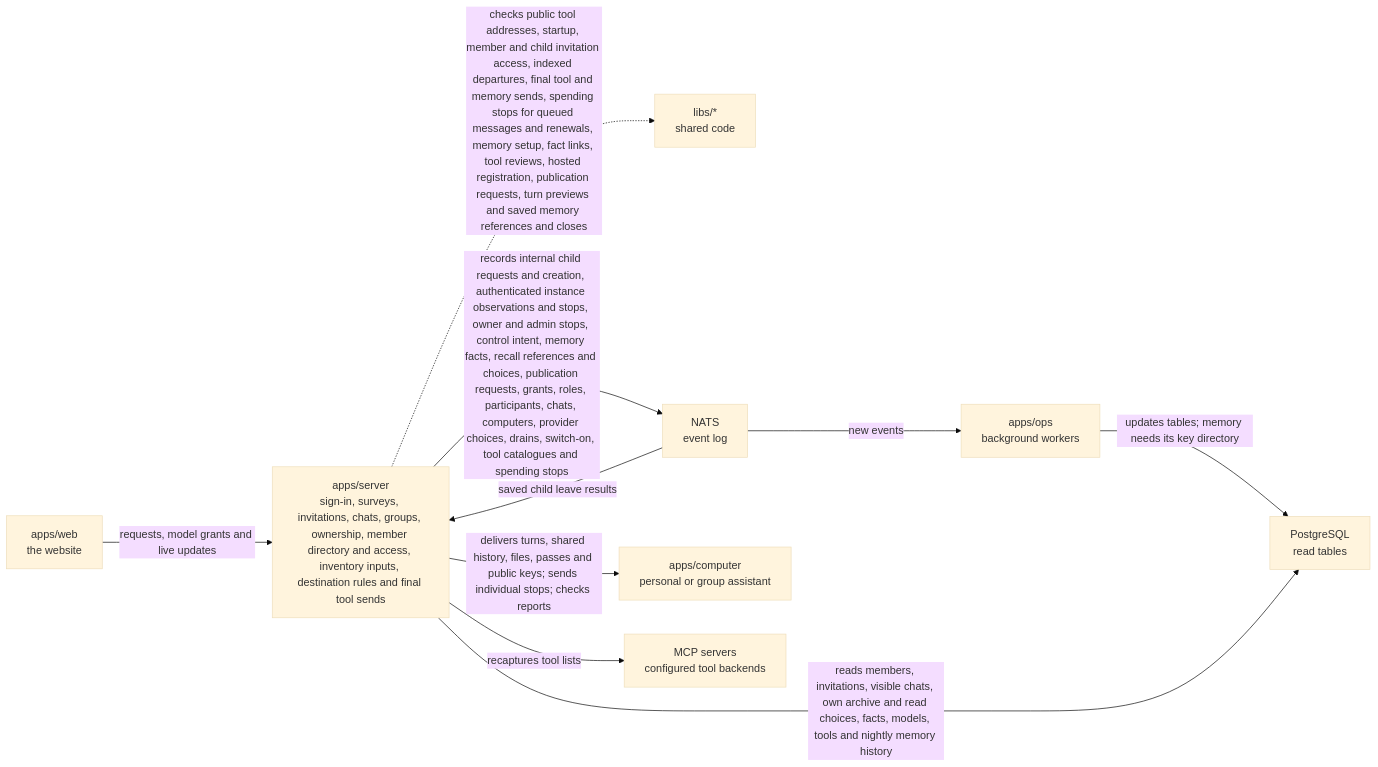
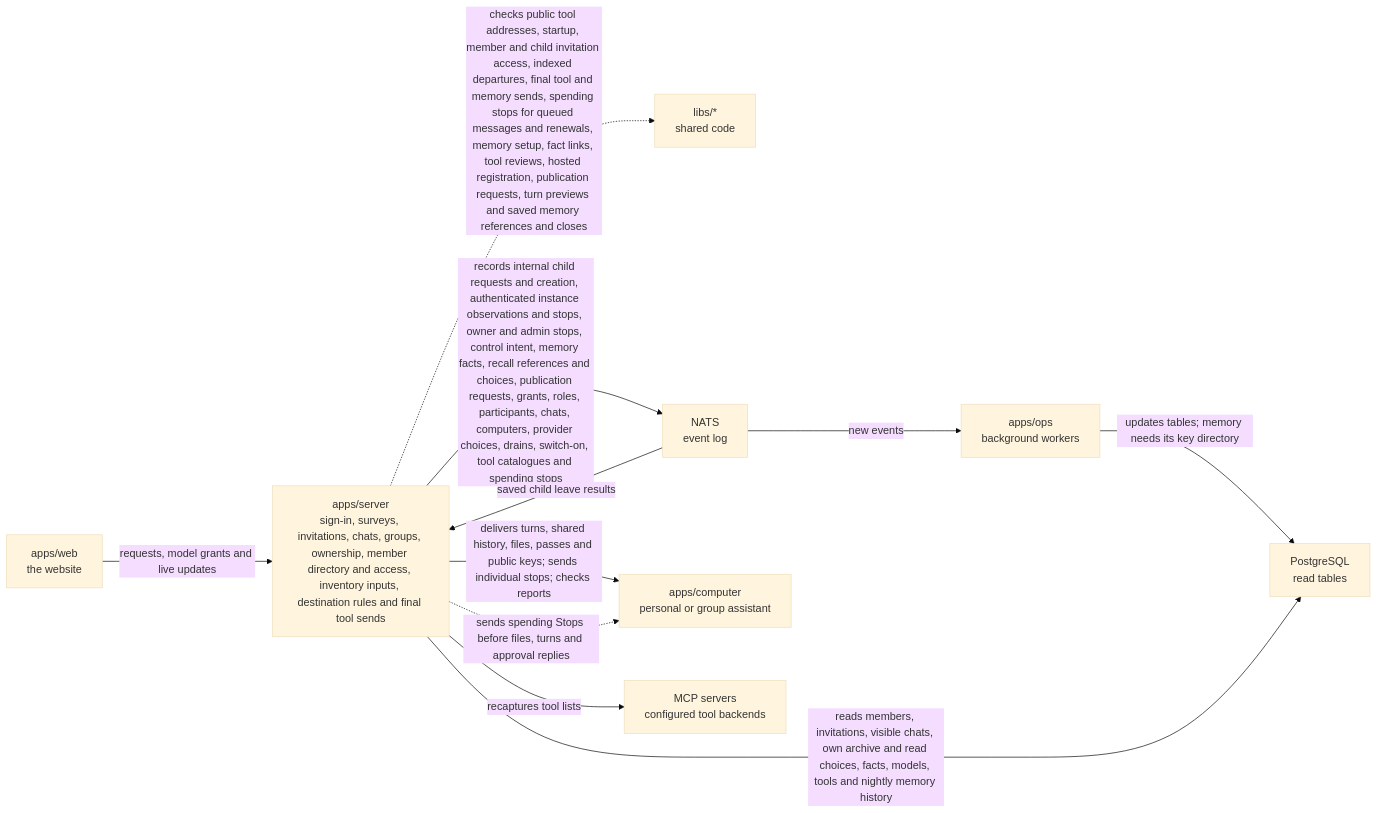
One commit to elewa-git/opencrane-new changed the diagram in apps/server/README.md. Above: the diagram before and after it, drawn with Mermaid (base theme). The commit also changed other lines of this file and 12 other files, not shown here.

````diff
--- a/apps/server/README.md
+++ b/apps/server/README.md
@@ -11,12 +11,13 @@
 ```mermaid
 flowchart LR
   web["apps/web<br/>the website"] -->|requests, model grants and live updates| server["apps/server<br/>sign-in, surveys, invitations, chats, groups, ownership, member directory and access, inventory inputs, destination rules and final tool sends"]
   server -.->|checks public tool addresses, startup, member and child invitation access, indexed departures, final tool and memory sends, spending stops for queued messages and renewals, memory setup, fact links, tool reviews, hosted registration, publication requests, turn previews and saved memory references and closes| libs["libs/*<br/>shared code"]
   server -->|records internal child requests and creation, authenticated instance observations and stops, owner and admin stops, control intent, memory facts, recall references and choices, publication requests, grants, roles, participants, chats, computers, provider choices, drains, switch-on, tool catalogues and spending stops| nats["NATS<br/>event log"]
   nats -->|saved child leave results| server
   nats -->|new events| ops["apps/ops<br/>background workers"]
   ops -->|updates tables; memory needs its key directory| postgres["PostgreSQL<br/>read tables"]
   server -->|reads members, invitations, visible chats, own archive and read choices, facts, models, tools and nightly memory history| postgres
   server -->|delivers turns, shared history, files, passes and public keys; sends individual stops; checks reports| computer["apps/computer<br/>personal or group assistant"]
   server -->|recaptures tool lists| mcp["MCP servers<br/>configured tool backends"]
+  server -.->|sends spending Stops before files, turns and approval replies| computer
 ```
````
